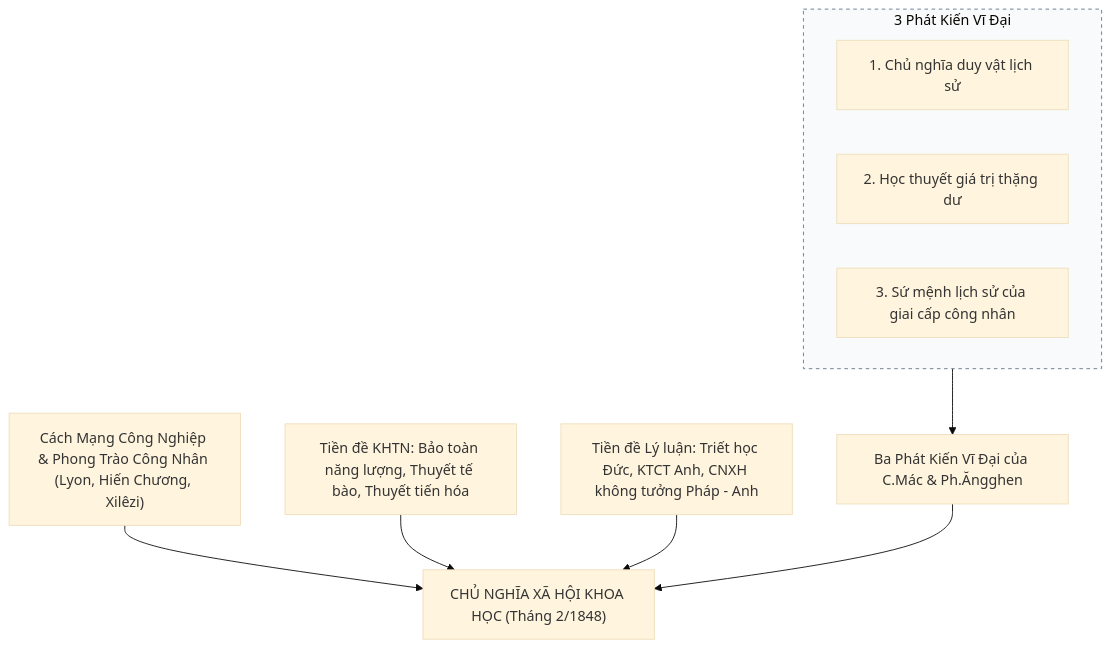
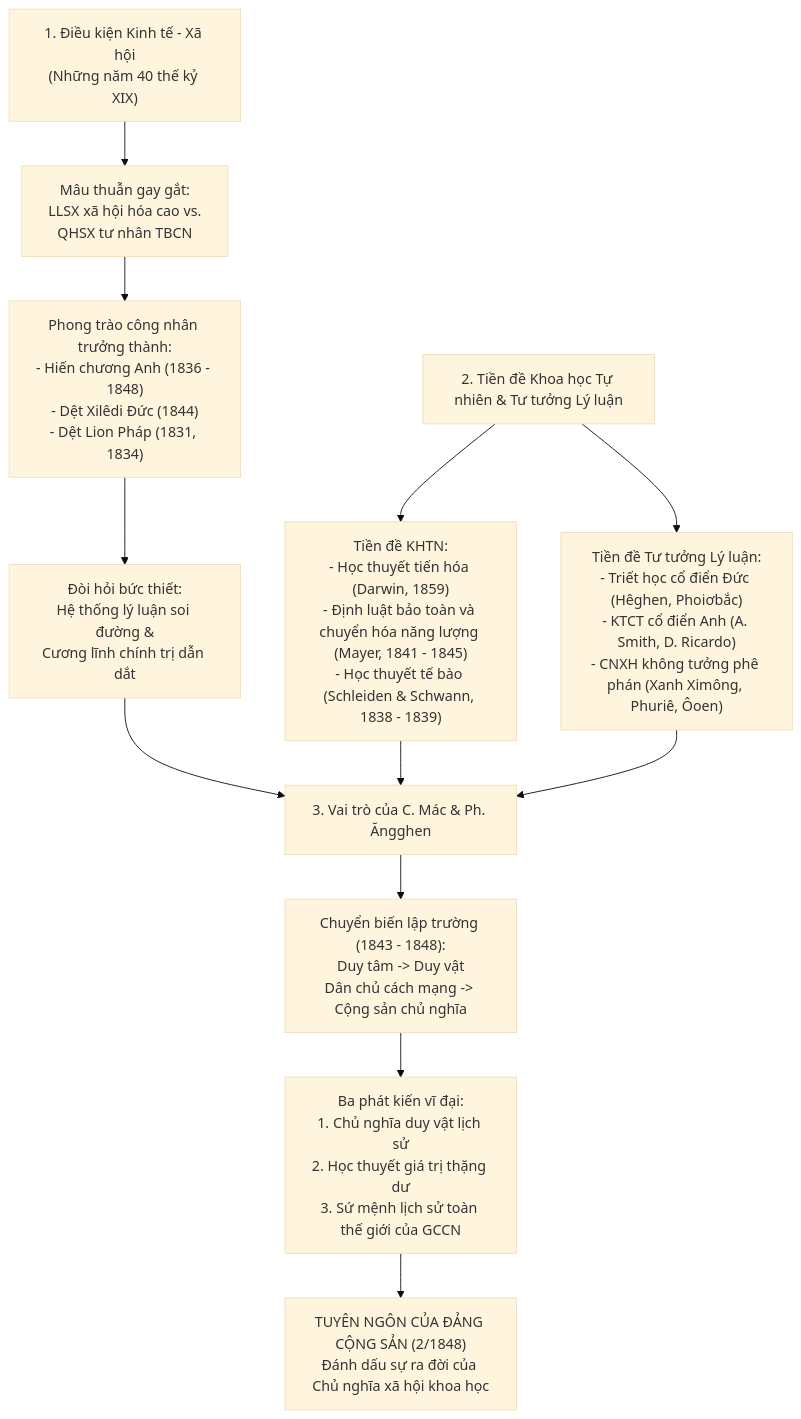
One commit to TyT712/Ky_1_26_27 changed the first of 2 diagrams in docs/data/cnxhkh/chuong_1_theory.md. Above: the diagram before and after it, drawn with Mermaid (base theme). The commit also changed other lines of this file and 25 other files, not shown here.

````diff
--- a/docs/data/cnxhkh/chuong_1_theory.md
+++ b/docs/data/cnxhkh/chuong_1_theory.md
@@ -4,15 +13,17 @@
 ```mermaid
-graph TD
-    A["Cách Mạng Công Nghiệp & Phong Trào Công Nhân (Lyon, Hiến Chương, Xilêzi)"] --> E["CHỦ NGHĨA XÃ HỘI KHOA HỌC (Tháng 2/1848)"]
-    B["Tiền đề KHTN: Bảo toàn năng lượng, Thuyết tế bào, Thuyết tiến hóa"] --> E
-    C["Tiền đề Lý luận: Triết học Đức, KTCT Anh, CNXH không tưởng Pháp - Anh"] --> E
-    D["Ba Phát Kiến Vĩ Đại của C.Mác & Ph.Ăngghen"] --> E
+flowchart TD
+    DK["1. Điều kiện Kinh tế - Xã hội<br>(Những năm 40 thế kỷ XIX)"] --> M["Mâu thuẫn gay gắt:<br>LLSX xã hội hóa cao vs.<br>QHSX tư nhân TBCN"]
+    M --> PT["Phong trào công nhân trưởng thành:<br>- Hiến chương Anh (1836 - 1848)<br>- Dệt Xilêdi Đức (1844)<br>- Dệt Lion Pháp (1831, 1834)"]
+    PT --> NC["Đòi hỏi bức thiết:<br>Hệ thống lý luận soi đường &<br>Cương lĩnh chính trị dẫn dắt"]
 
-    subgraph BaPhatKien ["3 Phát Kiến Vĩ Đại"]
-        style BaPhatKien fill:#f8fafc,stroke:#64748b,stroke-dasharray: 4 4
-        F["1. Chủ nghĩa duy vật lịch sử"]
-        G["2. Học thuyết giá trị thặng dư"]
-        H["3. Sứ mệnh lịch sử của giai cấp công nhân"]
-    end
-    BaPhatKien --> D
+    TD["2. Tiền đề Khoa học Tự nhiên & Tư tưởng Lý luận"] --> KHTN["Tiền đề KHTN:<br>- Học thuyết tiến hóa (Darwin, 1859)<br>- Định luật bảo toàn và chuyển hóa năng lượng (Mayer, 1841 - 1845)<br>- Học thuyết tế bào (Schleiden & Schwann, 1838 - 1839)"]
+    TD --> TTLL["Tiền đề Tư tưởng Lý luận:<br>- Triết học cổ điển Đức (Hêghen, Phoiơbắc)<br>- KTCT cổ điển Anh (A. Smith, D. Ricardo)<br>- CNXH không tưởng phê phán (Xanh Ximông, Phuriê, Ôoen)"]
+
+    NC --> VR["3. Vai trò của C. Mác & Ph. Ăngghen"]
+    KHTN --> VR
+    TTLL --> VR
+
+    VR --> CB["Chuyển biến lập trường (1843 - 1848):<br>Duy tâm -> Duy vật<br>Dân chủ cách mạng -> Cộng sản chủ nghĩa"]
+    CB --> PK["Ba phát kiến vĩ đại:<br>1. Chủ nghĩa duy vật lịch sử<br>2. Học thuyết giá trị thặng dư<br>3. Sứ mệnh lịch sử toàn thế giới của GCCN"]
+    PK --> TN["TUYÊN NGÔN CỦA ĐẢNG CỘNG SẢN (2/1848)<br>Đánh dấu sự ra đời của Chủ nghĩa xã hội khoa học"]
 ```
````
